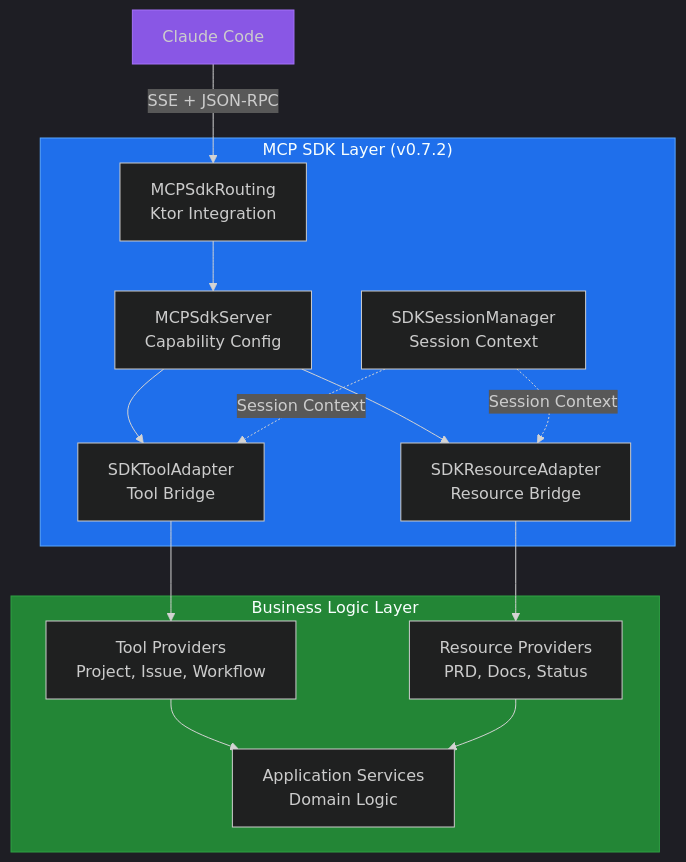
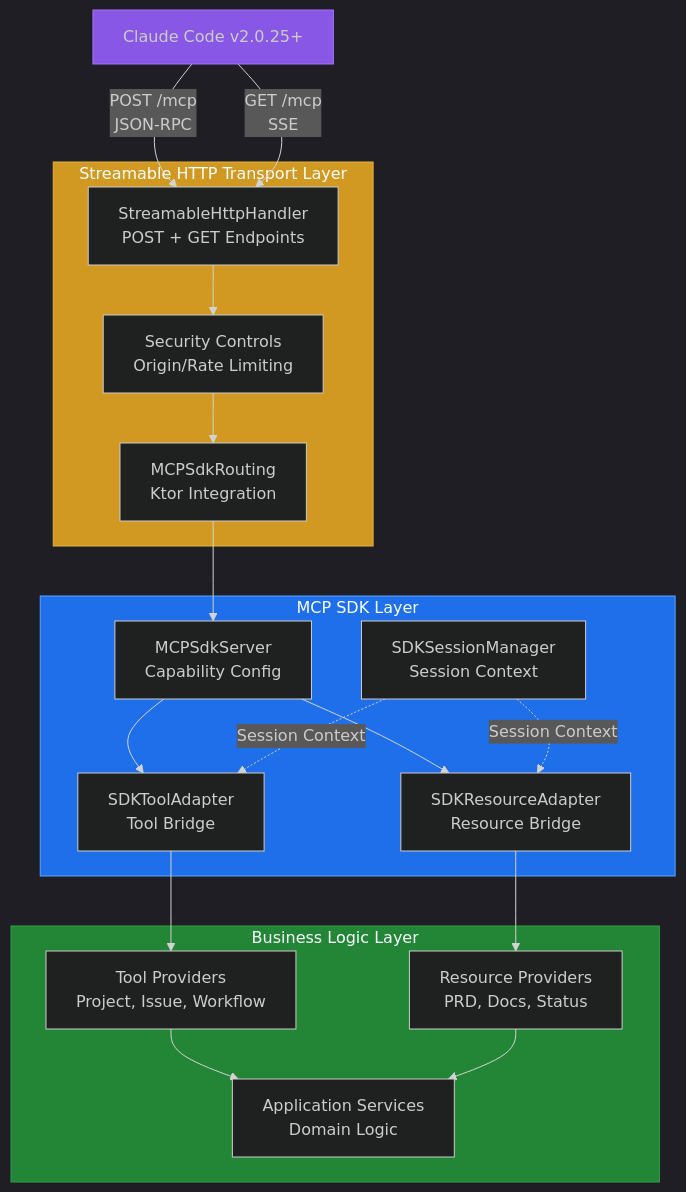
Before and after one commit to spiralhouse/cycletime: the fourth of 4 diagrams in docs/architecture/overview.md, drawn with Mermaid. The commit also changed other lines of this file and 13 other files, not shown here.

First line of the commit message:
feat: remove deprecated SSE transport (SPI-763)

````diff
--- a/docs/architecture/overview.md
+++ b/docs/architecture/overview.md
@@ -348,32 +346,41 @@
 ```mermaid
 %%{init: {'theme':'dark'}}%%
 graph TB
-    subgraph SDK["MCP SDK Layer (v0.7.2)"]
+    subgraph Transport["Streamable HTTP Transport Layer"]
+        Handler[StreamableHttpHandler<br/>POST + GET Endpoints]
+        Security[Security Controls<br/>Origin/Rate Limiting]
+        Routing[MCPSdkRouting<br/>Ktor Integration]
+    end
+
+    subgraph SDK["MCP SDK Layer"]
         Server[MCPSdkServer<br/>Capability Config]
-        Routing[MCPSdkRouting<br/>Ktor Integration]
         ToolAdapter[SDKToolAdapter<br/>Tool Bridge]
         ResourceAdapter[SDKResourceAdapter<br/>Resource Bridge]
         SessionMgr[SDKSessionManager<br/>Session Context]
     end
 
     subgraph Business["Business Logic Layer"]
         ToolProviders[Tool Providers<br/>Project, Issue, Workflow]
         ResourceProviders[Resource Providers<br/>PRD, Docs, Status]
         AppServices[Application Services<br/>Domain Logic]
     end
 
-    Claude[Claude Code] -->|SSE + JSON-RPC| Routing
+    Claude[Claude Code v2.0.25+] -->|POST /mcp<br/>JSON-RPC| Handler
+    Claude -->|GET /mcp<br/>SSE| Handler
+    Handler --> Security
+    Security --> Routing
     Routing --> Server
     Server --> ToolAdapter
     Server --> ResourceAdapter
     ToolAdapter --> ToolProviders
     ResourceAdapter --> ResourceProviders
     ToolProviders --> AppServices
     ResourceProviders --> AppServices
     SessionMgr -.Session Context.-> ToolAdapter
     SessionMgr -.Session Context.-> ResourceAdapter
 
+    style Transport fill:#d29922,stroke:#e3b341
     style SDK fill:#1f6feb,stroke:#58a6ff
     style Business fill:#238636,stroke:#2ea043
     style Claude fill:#8957e5,stroke:#a371f7
 ```
````
